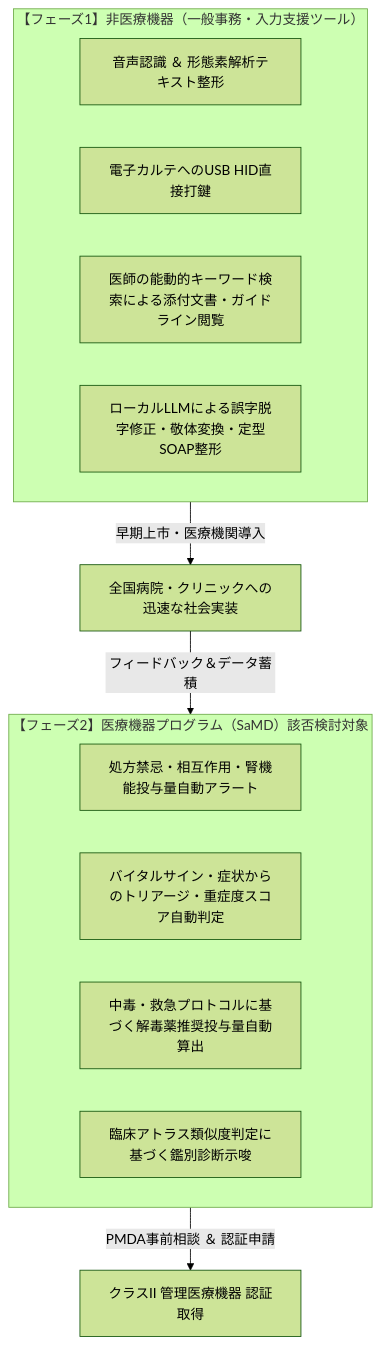
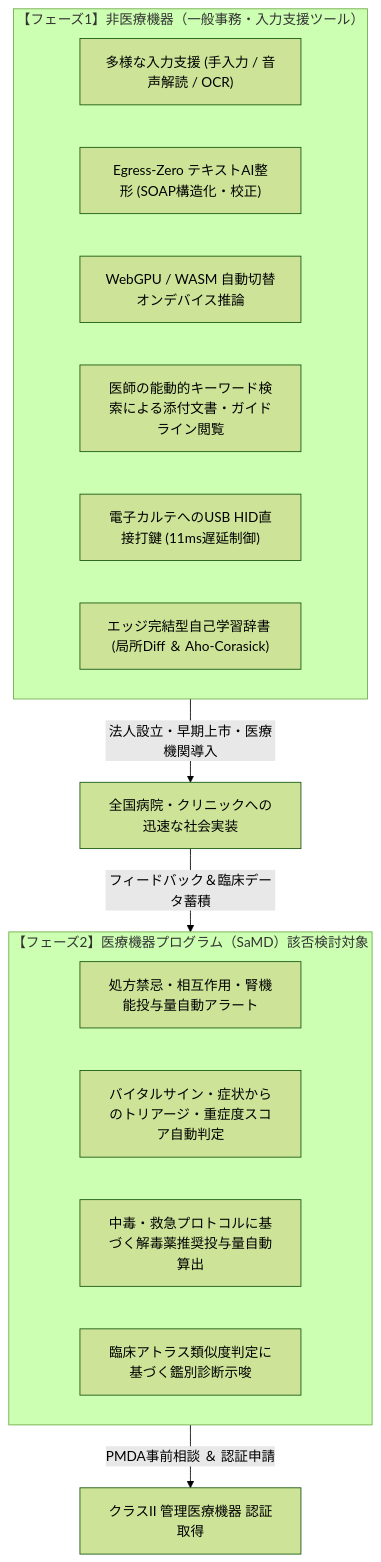
Before and after one commit to yokawase/Drdonguri: the diagram in docs/MEDISO_APPLICATION.md, drawn with Mermaid (forest theme). The commit also changed other lines of this file and 10 other files, not shown here.

````diff
--- a/docs/MEDISO_APPLICATION.md
+++ b/docs/MEDISO_APPLICATION.md
@@ -145,20 +216,22 @@
 ```mermaid
 flowchart TD
     subgraph Phase1 [【フェーズ1】非医療機器（一般事務・入力支援ツール）]
-        F1["音声認識 ＆ 形態素解析テキスト整形"]
-        F2["電子カルテへのUSB HID直接打鍵"]
-        F3["医師の能動的キーワード検索による添付文書・ガイドライン閲覧"]
-        F4["ローカルLLMによる誤字脱字修正・敬体変換・定型SOAP整形"]
+        F1["多様な入力支援 (手入力 / 音声解読 / OCR)"]
+        F2["Egress-Zero テキストAI整形 (SOAP構造化・校正)"]
+        F3["WebGPU / WASM 自動切替オンデバイス推論"]
+        F4["医師の能動的キーワード検索による添付文書・ガイドライン閲覧"]
+        F5["電子カルテへのUSB HID直接打鍵 (11ms遅延制御)"]
+        F6["エッジ完結型自己学習辞書 (局所Diff ＆ Aho-Corasick)"]
     end
 
     subgraph Phase2 [【フェーズ2】医療機器プログラム（SaMD）該否検討対象]
         S1["処方禁忌・相互作用・腎機能投与量自動アラート"]
         S2["バイタルサイン・症状からのトリアージ・重症度スコア自動判定"]
         S3["中毒・救急プロトコルに基づく解毒薬推奨投与量自動算出"]
         S4["臨床アトラス類似度判定に基づく鑑別診断示唆"]
     end
 
-    Phase1 -->|早期上市・医療機関導入| Market[全国病院・クリニックへの迅速な社会実装]
-    Market -->|フィードバック＆データ蓄積| Phase2
+    Phase1 -->|法人設立・早期上市・医療機関導入| Market[全国病院・クリニックへの迅速な社会実装]
+    Market -->|フィードバック＆臨床データ蓄積| Phase2
     Phase2 -->|PMDA事前相談 ＆ 認証申請| Cert[クラスII 管理医療機器 認証取得]
 ```
````
